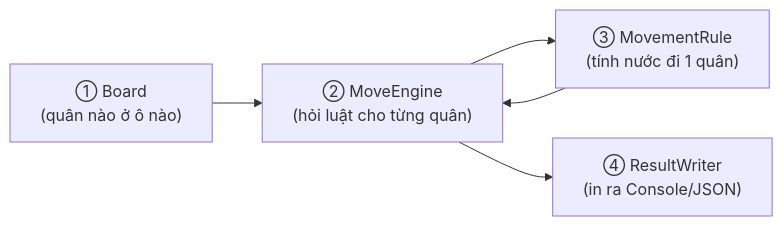
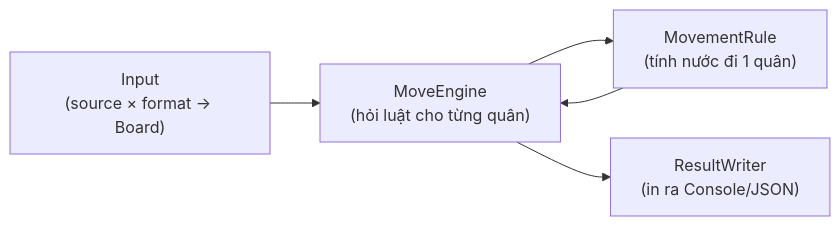
The first of 11 diagrams in chess_board/docs/diagrams.md (cuongnq-prdcv/design), drawn with Mermaid before and after one commit. The commit also changed other lines of this file and 112 other files, not shown here.

````diff
--- a/chess_board/docs/diagrams.md
+++ b/chess_board/docs/diagrams.md
@@ -29,7 +16,7 @@
 ```mermaid
 flowchart LR
-    A["① Board<br/>(quân nào ở ô nào)"] --> B["② MoveEngine<br/>(hỏi luật cho từng quân)"]
-    B --> C["③ MovementRule<br/>(tính nước đi 1 quân)"]
+    Z["Input<br/>(source × format → Board)"] --> B["MoveEngine<br/>(hỏi luật cho từng quân)"]
+    B --> C["MovementRule<br/>(tính nước đi 1 quân)"]
     C --> B
-    B --> D["④ ResultWriter<br/>(in ra Console/JSON)"]
+    B --> D["ResultWriter<br/>(in ra Console/JSON)"]
 ```
````
